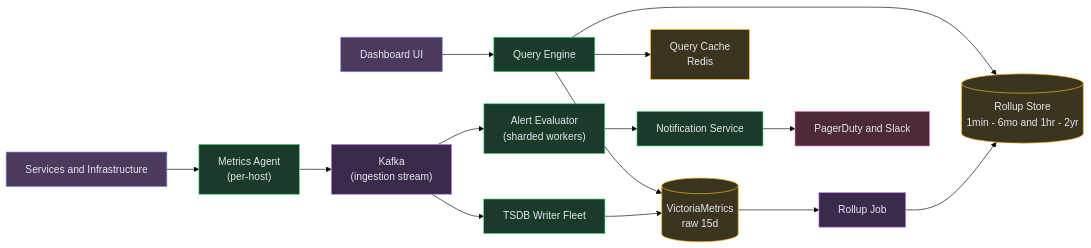
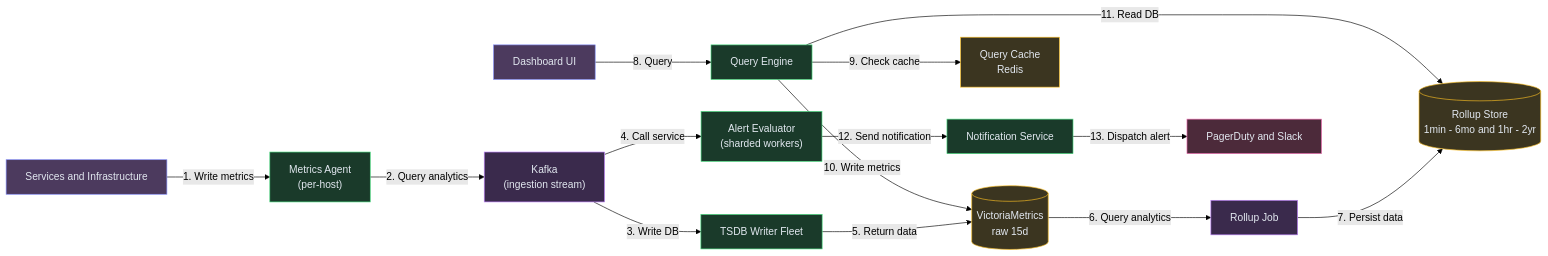
One commit to iluzn/HLD-Designs changed the seventh of 7 diagrams in content/hld/MetricsMonitoring.md. Above: the diagram before and after it, drawn with Mermaid (forest theme). The commit also changed other lines of this file and 27 other files, not shown here.

````diff
--- a/content/hld/MetricsMonitoring.md
+++ b/content/hld/MetricsMonitoring.md
@@ -443,37 +443,37 @@
 ```mermaid
 flowchart LR
     APPS["Services and Infrastructure"]:::client
     AGENT["Metrics Agent<br/>(per-host)"]:::service
     KAFKA["Kafka<br/>(ingestion stream)"]:::async
     WRITER["TSDB Writer Fleet"]:::service
     TSDB[("VictoriaMetrics<br/>raw 15d")]:::data
     ROLLUP[("Rollup Store<br/>1min - 6mo and 1hr - 2yr")]:::data
     ROLLUPJOB["Rollup Job"]:::async
     QENG["Query Engine"]:::service
     QCACHE["Query Cache<br/>Redis"]:::data
     DASH["Dashboard UI"]:::client
     ALERT["Alert Evaluator<br/>(sharded workers)"]:::service
     NOTIFY["Notification Service"]:::service
     PD["PagerDuty and Slack"]:::external
 
-    APPS --> AGENT
-    AGENT --> KAFKA
-    KAFKA --> WRITER
-    KAFKA --> ALERT
-    WRITER --> TSDB
-    TSDB --> ROLLUPJOB
-    ROLLUPJOB --> ROLLUP
-    DASH --> QENG
-    QENG --> QCACHE
-    QENG --> TSDB
-    QENG --> ROLLUP
-    ALERT --> NOTIFY
-    NOTIFY --> PD
+    APPS -->|"1. Write metrics"| AGENT
+    AGENT -->|"2. Query analytics"| KAFKA
+    KAFKA -->|"3. Write DB"| WRITER
+    KAFKA -->|"4. Call service"| ALERT
+    WRITER -->|"5. Return data"| TSDB
+    TSDB -->|"6. Query analytics"| ROLLUPJOB
+    ROLLUPJOB -->|"7. Persist data"| ROLLUP
+    DASH -->|"8. Query"| QENG
+    QENG -->|"9. Check cache"| QCACHE
+    QENG -->|"10. Write metrics"| TSDB
+    QENG -->|"11. Read DB"| ROLLUP
+    ALERT -->|"12. Send notification"| NOTIFY
+    NOTIFY -->|"13. Dispatch alert"| PD
 
     classDef client fill:#4c3a5e,stroke:#818cf8,color:#e2e8f0
     classDef edge fill:#1e3a5f,stroke:#38bdf8,color:#e2e8f0
     classDef service fill:#1a3a2a,stroke:#4ade80,color:#e2e8f0
     classDef data fill:#3b3520,stroke:#fbbf24,color:#e2e8f0
     classDef async fill:#3a2a4c,stroke:#c084fc,color:#e2e8f0
     classDef external fill:#4c2a3a,stroke:#f472b6,color:#e2e8f0
 ```
````
